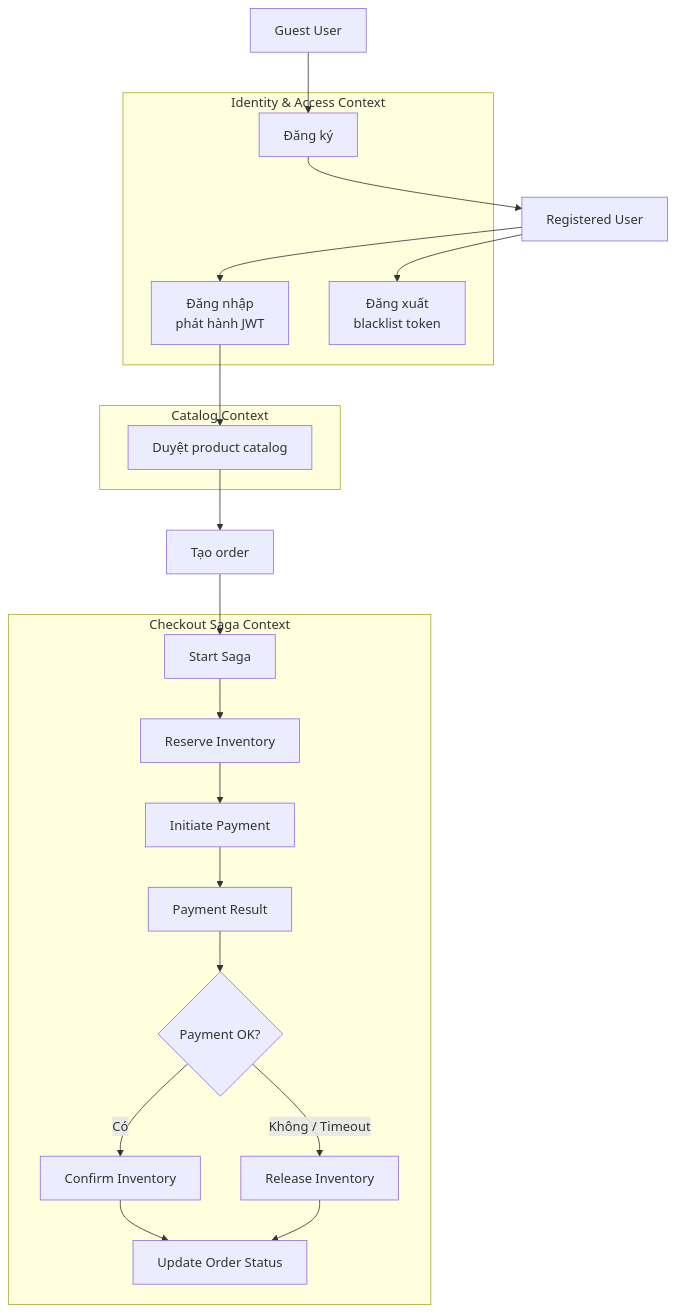
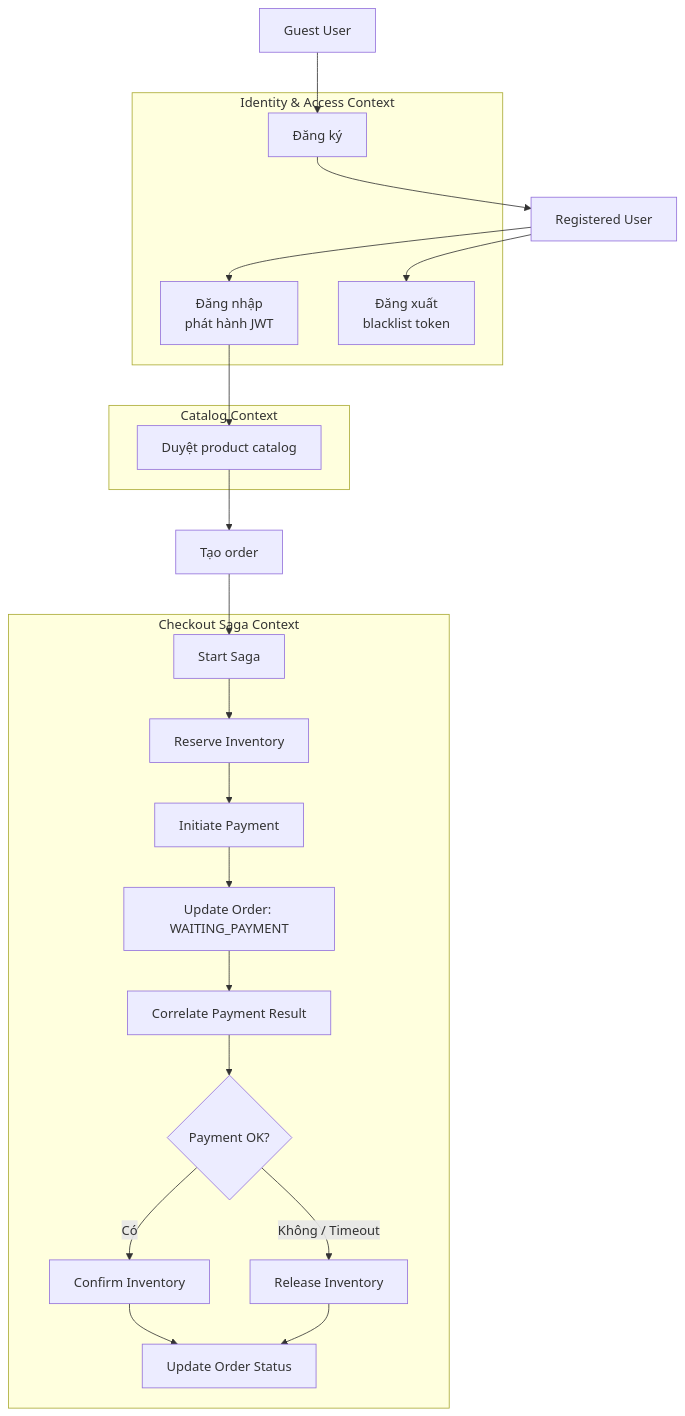
Before and after one commit to baosatboiz/asd: the first of 7 diagrams in analysis-and-design-ddd.md, drawn with Mermaid. The commit also changed other lines of this file, not shown here.

````diff
--- a/analysis-and-design-ddd.md
+++ b/analysis-and-design-ddd.md
@@ -26,37 +27,38 @@
 ```mermaid
 flowchart TD
     G[Guest User] --> R[Đăng ký]
     R --> U[Registered User]
 
     subgraph IAM[Identity & Access Context]
         R
         LG[Đăng nhập<br/>phát hành JWT]
         LO[Đăng xuất<br/>blacklist token]
     end
 
     U --> LG
     U --> LO
 
     subgraph CAT[Catalog Context]
         BR[Duyệt product catalog]
     end
 
     LG --> BR
 
     BR --> CO[Tạo order]
 
     subgraph CHECKOUT[Checkout Saga Context]
         SP[Start Saga]
         RS[Reserve Inventory]
         PI[Initiate Payment]
-        PS[Payment Result]
+        US_W[Update Order: WAITING_PAYMENT]
+        PS[Correlate Payment Result]
         GW{Payment OK?}
         CF[Confirm Inventory]
         RL[Release Inventory]
-        US[Update Order Status]
+        US_C[Update Order Status]
     end
 
-    CO --> SP --> RS --> PI --> PS --> GW
-    GW -->|Có| CF --> US
-    GW -->|Không / Timeout| RL --> US
+    CO --> SP --> RS --> PI --> US_W --> PS --> GW
+    GW -->|Có| CF --> US_C
+    GW -->|Không / Timeout| RL --> US_C
 ```
````
